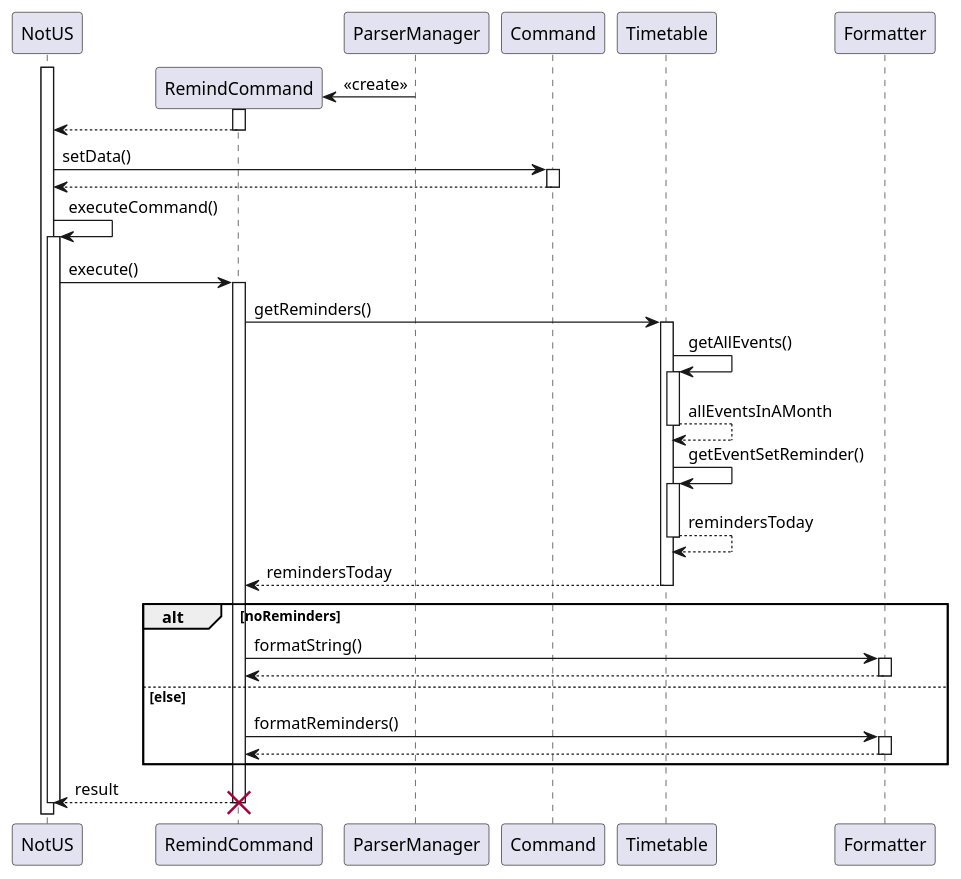
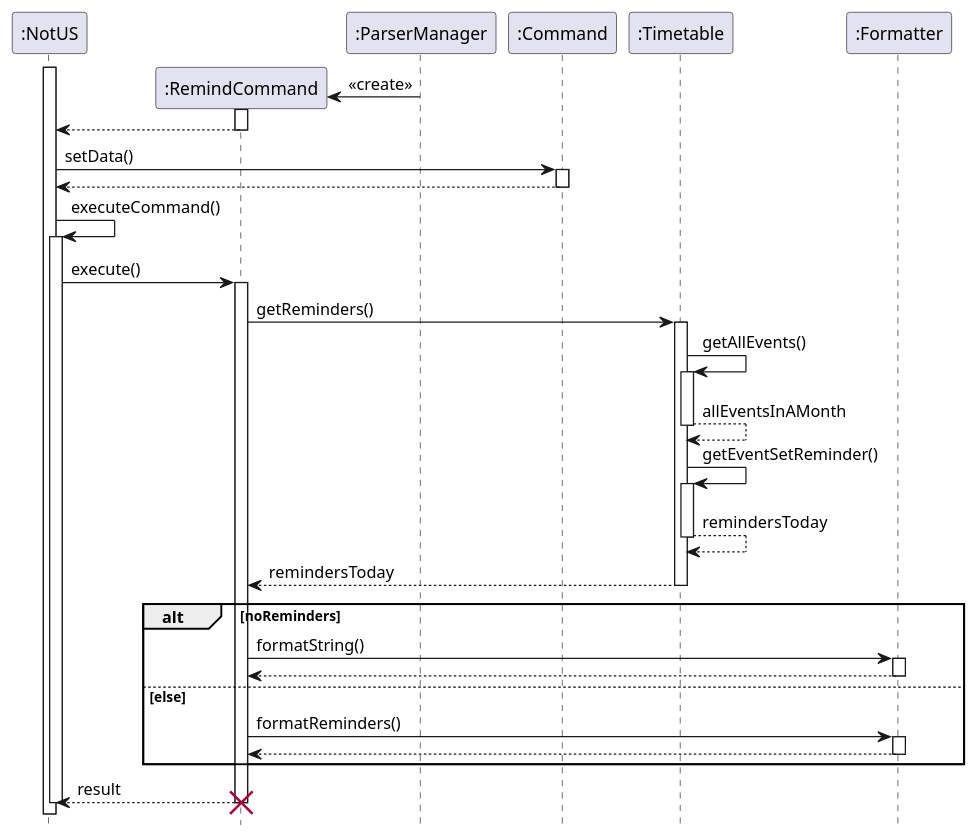
One commit to nus-cs2113-AY2021S1/tp changed the diagram in docs/diagrams/Remind_Sequence.puml. Above: the diagram before and after it, drawn with PlantUML. The commit also changed 1 other file, not shown here.

```diff
--- a/docs/diagrams/Remind_Sequence.puml
+++ b/docs/diagrams/Remind_Sequence.puml
@@ -1,59 +1,68 @@
 @startuml
+
+hide footbox
+
+participant ":NotUS" as NotUS
+participant ":RemindCommand" as RemindCommand
+participant ":ParserManager" as ParserManager
+participant ":Command" as Command
+participant ":Timetable" as Timetable
+participant ":Formatter" as Formatter
 
 activate NotUS
 
 create RemindCommand
 
 ParserManager -> RemindCommand: <<create>>
 
 activate RemindCommand
 RemindCommand --> NotUS
 deactivate RemindCommand
 
 deactivate ParserManager
 
 NotUS -> Command: setData()
 
 activate Command
 Command --> NotUS
 deactivate Command
 
 NotUS -> NotUS: executeCommand()
 activate NotUS
 NotUS -> RemindCommand: execute()
 
 activate RemindCommand
 
 
 RemindCommand -> Timetable: getReminders()
 activate Timetable
 
 Timetable -> Timetable: getAllEvents()
 activate Timetable
 return allEventsInAMonth
 Timetable -> Timetable: getEventSetReminder()
 activate Timetable
 return remindersToday
 return remindersToday
 deactivate Timetable
 
 alt noReminders
 RemindCommand -> Formatter: formatString()
 activate Formatter
 return
 deactivate Formatter
 
 else else
 RemindCommand -> Formatter: formatReminders()
 activate Formatter
 return
 deactivate Formatter
 end
 
 
 RemindCommand --> NotUS: result
 deactivate RemindCommand
 
 deactivate NotUS
 destroy RemindCommand
 @enduml
```
